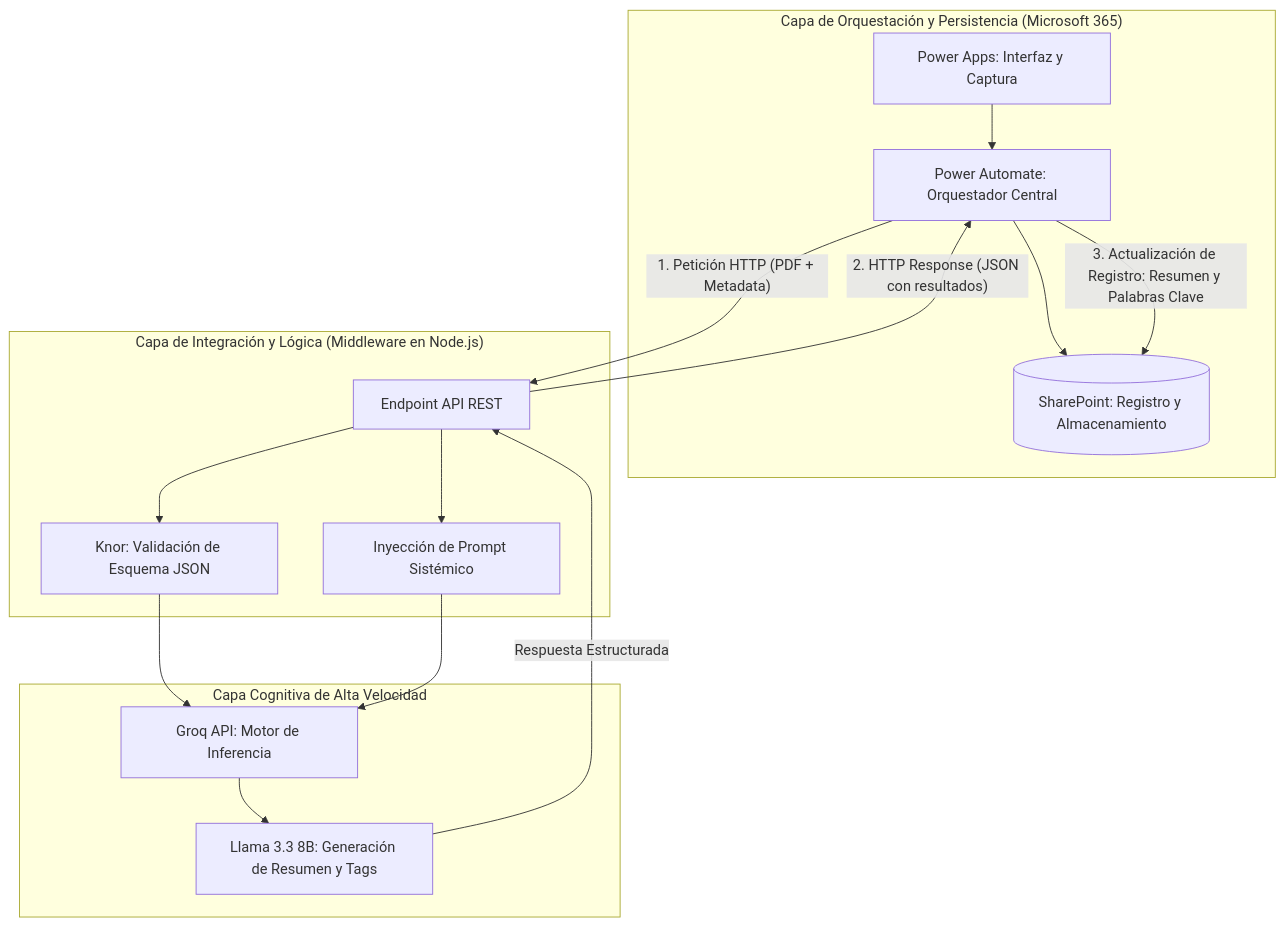
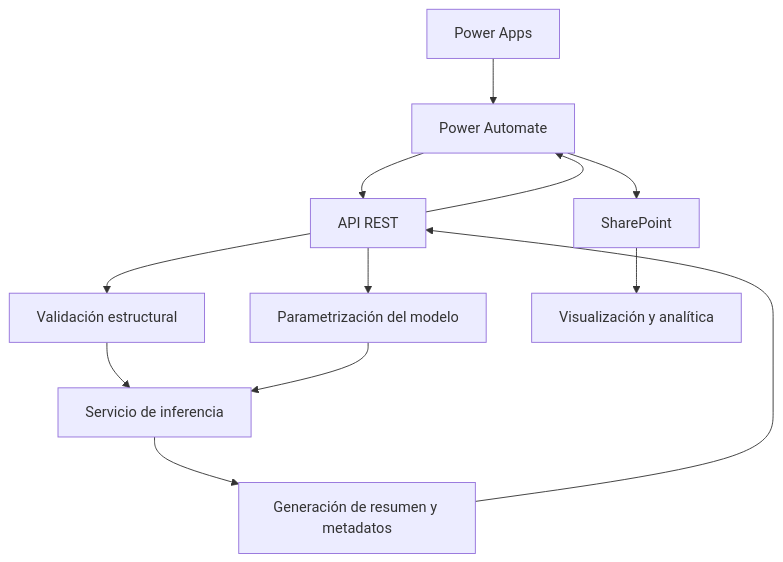
The diagram in Proyecto-IA-Anonimizado2/README.md (AsuntosAcademicos18/ProyectoGAPP2), drawn with Mermaid before and after one commit. The commit also changed other lines of this file, not shown here.

````diff
--- a/Proyecto-IA-Anonimizado2/README.md
+++ b/Proyecto-IA-Anonimizado2/README.md
@@ -16,25 +60,24 @@
 ```mermaid
 graph TD
-    subgraph "Capa de Orquestación y Persistencia (Microsoft 365)"
-    A[Power Apps: Interfaz y Captura] --> B[Power Automate: Orquestador Central]
-    B --> H[(SharePoint: Registro y Almacenamiento)]
-    end
 
-    B -- "1. Petición HTTP (PDF + Metadata)" --> C
+A[Power Apps]
+--> B[Power Automate]
 
-    subgraph "Capa de Integración y Lógica (Middleware en Node.js)"
-    C[Endpoint API REST] --> D[Knor: Validación de Esquema JSON]
-    C --> E[Inyección de Prompt Sistémico]
-    end
+B --> C[API REST]
 
-    subgraph "Capa Cognitiva de Alta Velocidad"
-    D --> F[Groq API: Motor de Inferencia]
-    E --> F
-    F --> G[Llama 3.3 8B: Generación de Resumen y Tags]
-    end
+C --> D[Validación estructural]
+C --> E[Parametrización del modelo]
 
-    G -- "Respuesta Estructurada" --> C
-    C -- "2. HTTP Response (JSON con resultados)" --> B
-    B -- "3. Actualización de Registro: Resumen y Palabras Clave" --> H
+D --> F[Servicio de inferencia]
+E --> F
 
+F --> G[Generación de resumen y metadatos]
+
+G --> C
+
+C --> B
+
+B --> H[SharePoint]
+
+H --> I[Visualización y analítica]
 ```
````
